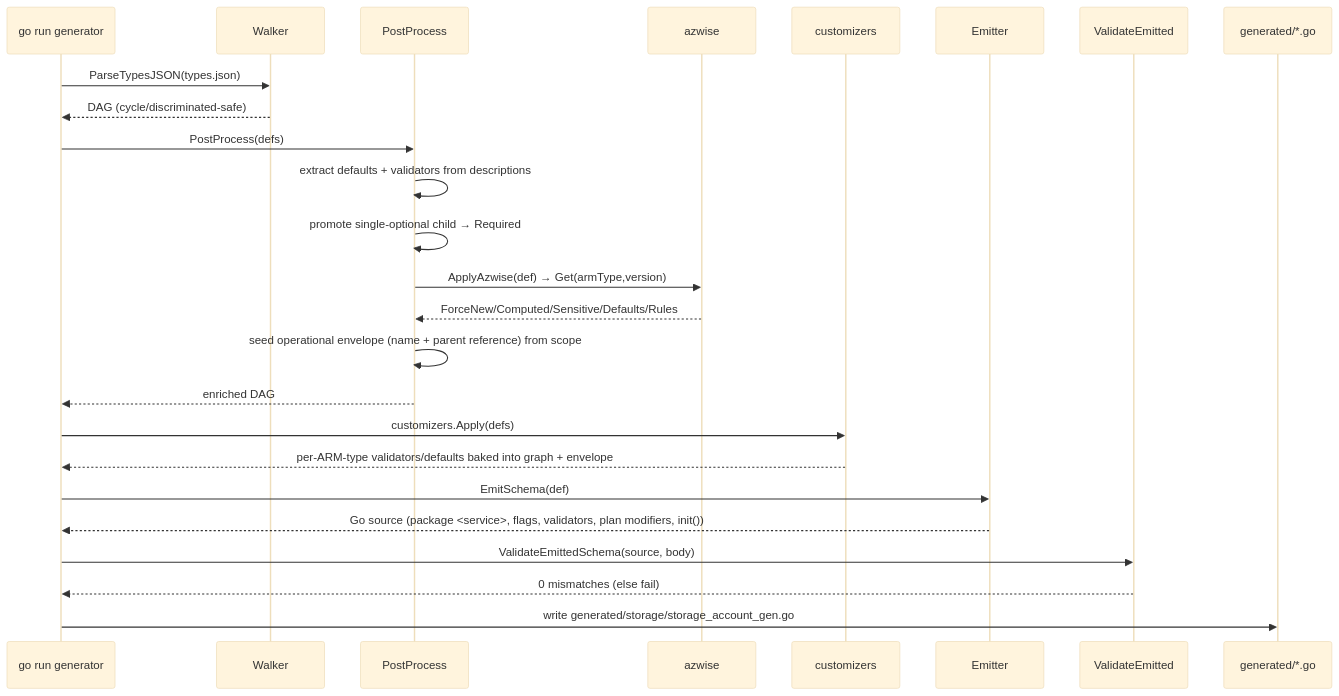
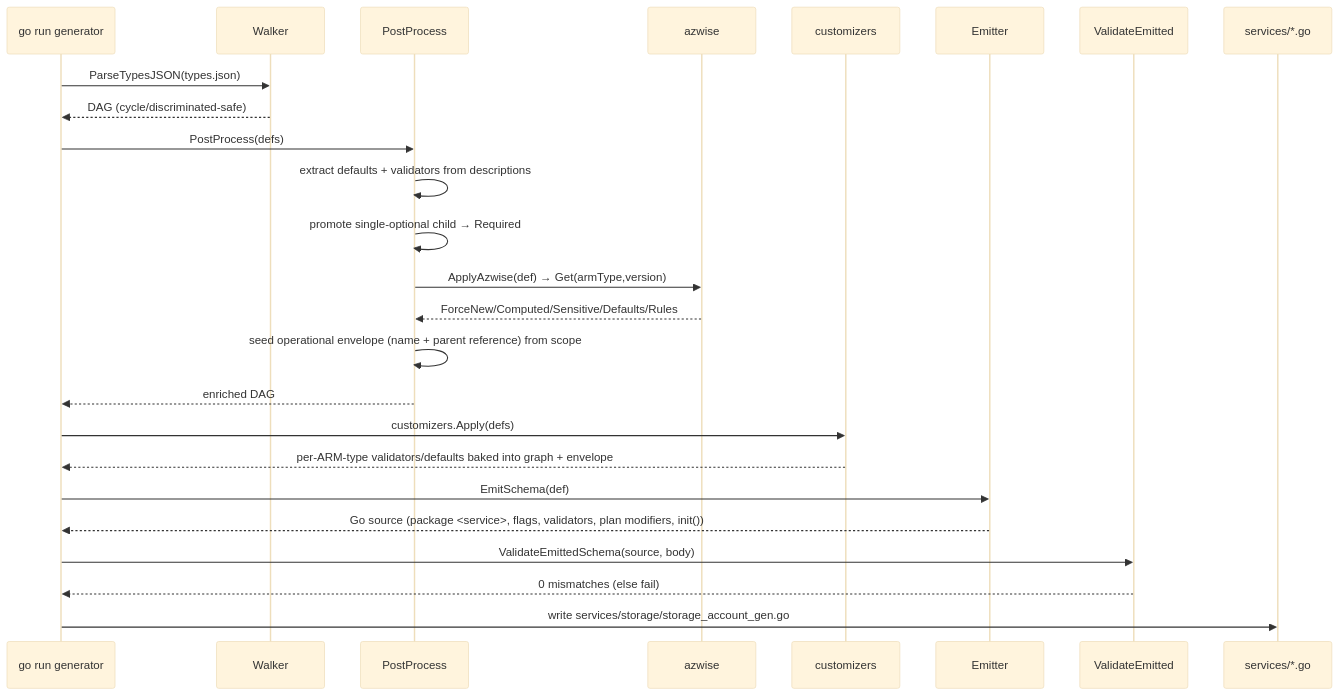
Before and after one commit to wuxu92/terraform-provider-azapi: the first of 3 diagrams in internal/native/DEVELOPER_SPEC.md, drawn with Mermaid (base theme). The commit also changed other lines of this file and 51 other files, not shown here.

````diff
--- a/internal/native/DEVELOPER_SPEC.md
+++ b/internal/native/DEVELOPER_SPEC.md
@@ -363,28 +363,28 @@
 ```mermaid
 sequenceDiagram
     participant CLI as go run generator
     participant W as Walker
     participant P as PostProcess
     participant A as azwise
     participant C as customizers
     participant E as Emitter
     participant V as ValidateEmitted
-    participant FS as generated/*.go
+    participant FS as services/*.go
 
     CLI->>W: ParseTypesJSON(types.json)
     W-->>CLI: DAG (cycle/discriminated-safe)
     CLI->>P: PostProcess(defs)
     P->>P: extract defaults + validators from descriptions
     P->>P: promote single-optional child → Required
     P->>A: ApplyAzwise(def) → Get(armType,version)
     A-->>P: ForceNew/Computed/Sensitive/Defaults/Rules
     P->>P: seed operational envelope (name + parent reference) from scope
     P-->>CLI: enriched DAG
     CLI->>C: customizers.Apply(defs)
     C-->>CLI: per-ARM-type validators/defaults baked into graph + envelope
     CLI->>E: EmitSchema(def)
     E-->>CLI: Go source (package <service>, flags, validators, plan modifiers, init())
     CLI->>V: ValidateEmittedSchema(source, body)
     V-->>CLI: 0 mismatches (else fail)
-    CLI->>FS: write generated/storage/storage_account_gen.go
+    CLI->>FS: write services/storage/storage_account_gen.go
 ```
````
